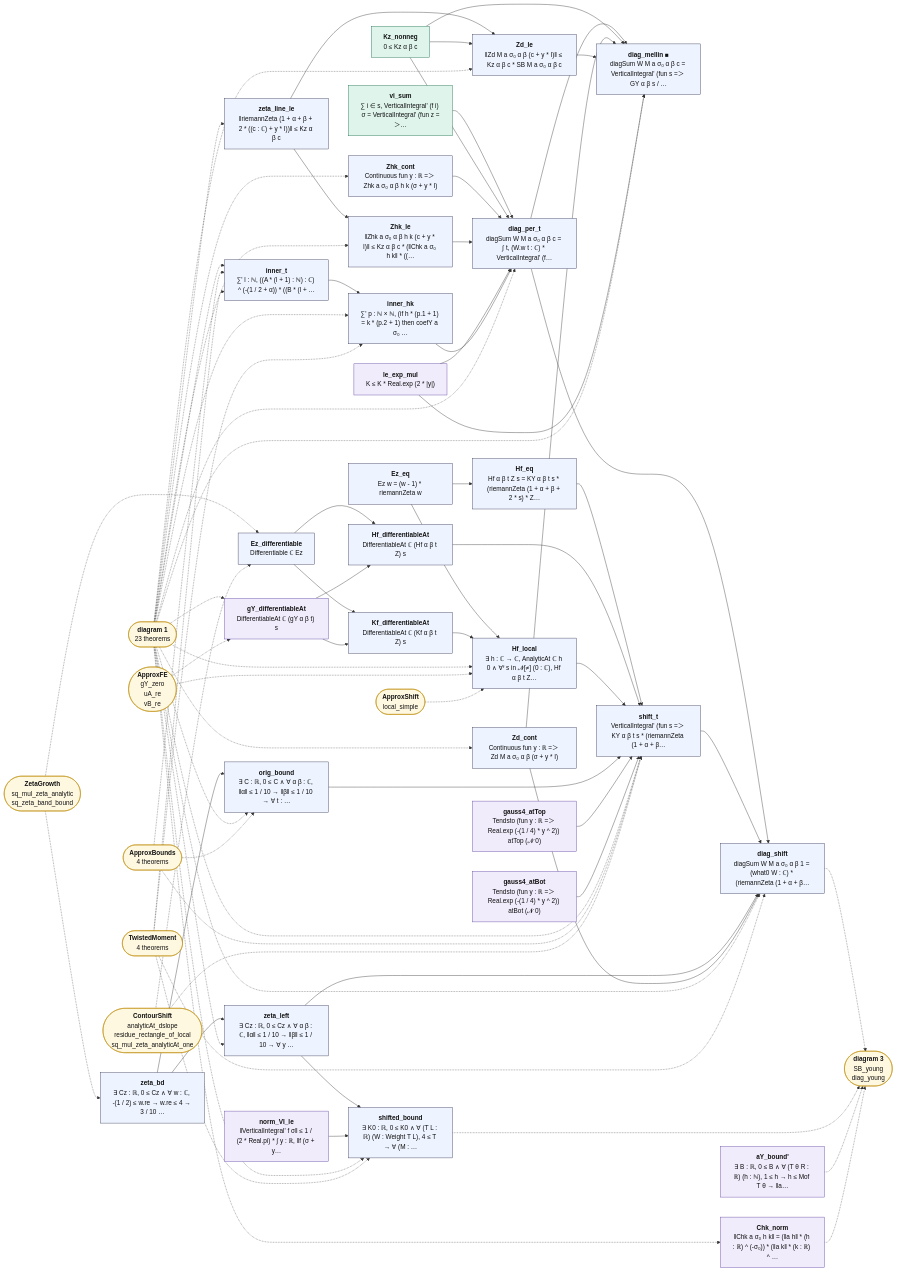
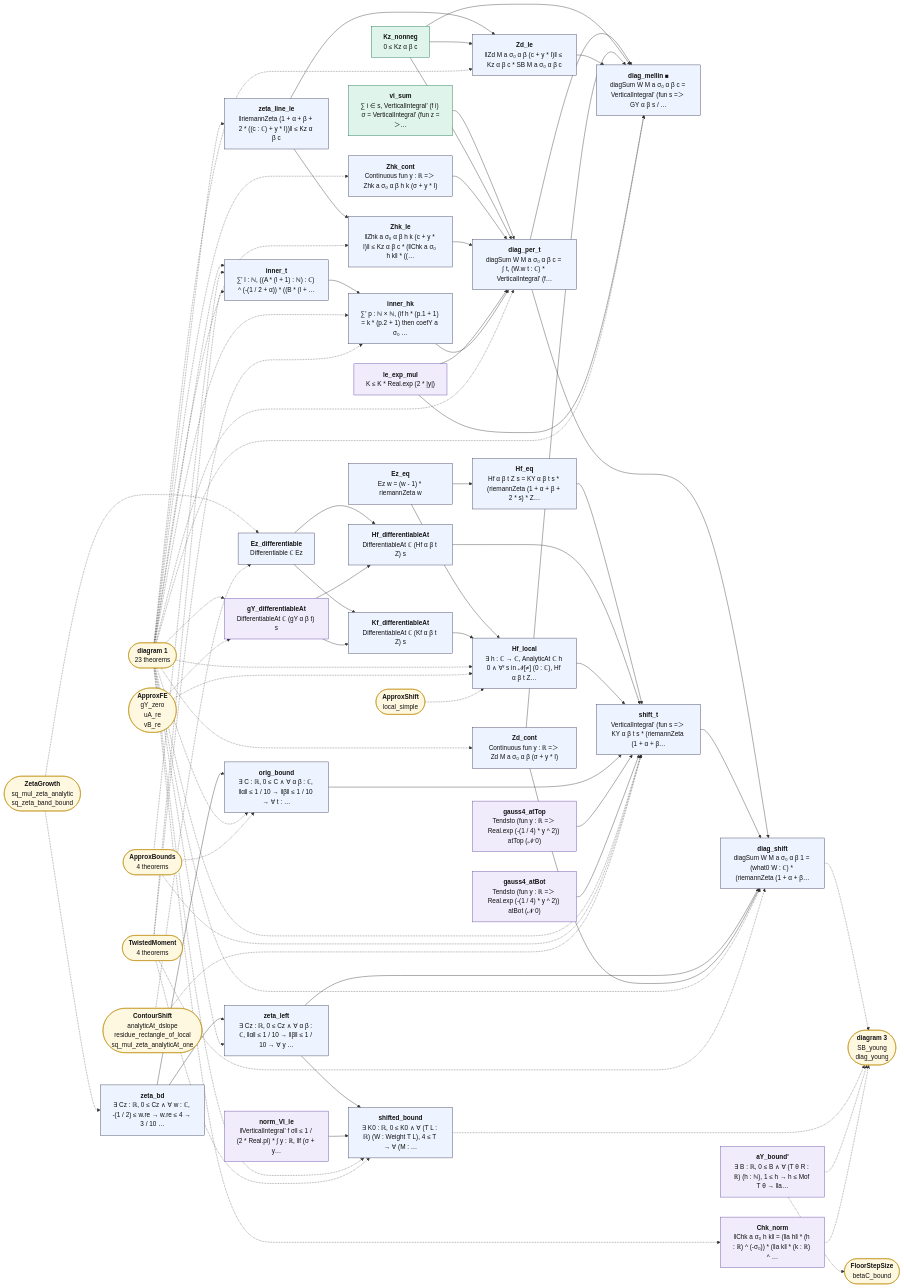
One commit to juliansambranojr/Primebeat_081426 changed the diagram in map/lean_stage3/Diagonal.2.mmd. Above: the diagram before and after it, drawn with Mermaid. The commit also changed 31 other files, not shown here.

```diff
--- a/map/lean_stage3/Diagonal.2.mmd
+++ b/map/lean_stage3/Diagonal.2.mmd
@@ -1,118 +1,120 @@
 flowchart LR
   n0["<b>vi_sum</b><br/>∑ i ∈ s, VerticalIntegral' (f i) σ = VerticalIntegral' (fun z =＞…"]:::cnt
   n1["<b>zeta_line_le</b><br/>‖riemannZeta (1 + α + β + 2 * ((c : ℂ) + y * I))‖ ≤ Kz α β c"]:::thm
   n2["<b>Kz_nonneg</b><br/>0 ≤ Kz α β c"]:::cnt
   n3["<b>Zhk_cont</b><br/>Continuous fun y : ℝ =＞ Zhk a σ₀ α β h k (σ + y * I)"]:::thm
   n4["<b>Zd_cont</b><br/>Continuous fun y : ℝ =＞ Zd M a σ₀ α β (σ + y * I)"]:::thm
   n5["<b>Zhk_le</b><br/>‖Zhk a σ₀ α β h k (c + y * I)‖ ≤ Kz α β c * (‖Chk a σ₀ h k‖ * ((…"]:::thm
   n6["<b>Zd_le</b><br/>‖Zd M a σ₀ α β (c + y * I)‖ ≤ Kz α β c * SB M a σ₀ α β c"]:::thm
   n7["<b>le_exp_mul</b><br/>K ≤ K * Real.exp (2 * |y|)"]:::shp
   n8["<b>inner_t</b><br/>∑' l : ℕ, ((A * (l + 1) : ℕ) : ℂ) ^ (-(1 / 2 + α)) * ((B * (l + …"]:::thm
   n9["<b>inner_hk</b><br/>∑' p : ℕ × ℕ, (if h * (p.1 + 1) = k * (p.2 + 1) then coefY a σ₀ …"]:::thm
   n10["<b>diag_per_t</b><br/>diagSum W M a σ₀ α β c = ∫ t, (W.w t : ℂ) * VerticalIntegral' (f…"]:::thm
   n11["<b>diag_mellin ■</b><br/>diagSum W M a σ₀ α β c = VerticalIntegral' (fun s =＞ GY α β s / …"]:::thm
   n12["<b>zeta_bd</b><br/>∃ Cz : ℝ, 0 ≤ Cz ∧ ∀ w : ℂ, -(1 / 2) ≤ w.re → w.re ≤ 4 → 3 / 10 …"]:::thm
   n13["<b>Ez_eq</b><br/>Ez w = (w - 1) * riemannZeta w"]:::thm
   n14["<b>Ez_differentiable</b><br/>Differentiable ℂ Ez"]:::thm
   n15["<b>Hf_eq</b><br/>Hf α β t Z s = KY α β t s * (riemannZeta (1 + α + β + 2 * s) * Z…"]:::thm
   n16["<b>gY_differentiableAt</b><br/>DifferentiableAt ℂ (gY α β t) s"]:::shp
   n17["<b>Kf_differentiableAt</b><br/>DifferentiableAt ℂ (Kf α β t Z) s"]:::thm
   n18["<b>Hf_differentiableAt</b><br/>DifferentiableAt ℂ (Hf α β t Z) s"]:::thm
   n19["<b>Hf_local</b><br/>∃ h : ℂ → ℂ, AnalyticAt ℂ h 0 ∧ ∀ᶠ s in 𝓝[≠] (0 : ℂ), Hf α β t Z…"]:::thm
   n20["<b>orig_bound</b><br/>∃ C : ℝ, 0 ≤ C ∧ ∀ α β : ℂ, ‖α‖ ≤ 1 / 10 → ‖β‖ ≤ 1 / 10 → ∀ t : …"]:::thm
   n21["<b>gauss4_atTop</b><br/>Tendsto (fun y : ℝ =＞ Real.exp (-(1 / 4) * y ^ 2)) atTop (𝓝 0)"]:::shp
   n22["<b>gauss4_atBot</b><br/>Tendsto (fun y : ℝ =＞ Real.exp (-(1 / 4) * y ^ 2)) atBot (𝓝 0)"]:::shp
   n23["<b>shift_t</b><br/>VerticalIntegral' (fun s =＞ KY α β t s * (riemannZeta (1 + α + β…"]:::thm
   n24["<b>zeta_left</b><br/>∃ Cz : ℝ, 0 ≤ Cz ∧ ∀ α β : ℂ, ‖α‖ ≤ 1 / 10 → ‖β‖ ≤ 1 / 10 → ∀ y …"]:::thm
   n25["<b>norm_VI_le</b><br/>‖VerticalIntegral' f σ‖ ≤ 1 / (2 * Real.pi) * ∫ y : ℝ, ‖f (σ + y…"]:::shp
   n26["<b>diag_shift</b><br/>diagSum W M a σ₀ α β 1 = (what0 W : ℂ) * (riemannZeta (1 + α + β…"]:::thm
   n27["<b>shifted_bound</b><br/>∃ K0 : ℝ, 0 ≤ K0 ∧ ∀ (T L : ℝ) (W : Weight T L), 4 ≤ T → ∀ (M : …"]:::thm
   n28["<b>aY_bound'</b><br/>∃ B : ℝ, 0 ≤ B ∧ ∀ (T θ R : ℝ) (h : ℕ), 1 ≤ h → h ≤ Mof T θ → ‖a…"]:::shp
   n29["<b>Chk_norm</b><br/>‖Chk a σ₀ h k‖ = (‖a h‖ * (h : ℝ) ^ (-σ₀)) * (‖a k‖ * (k : ℝ) ^ …"]:::shp
   x0(["<b>diagram 1</b><br/>23 theorems"]):::ext
   x1(["<b>ApproxBounds</b><br/>4 theorems"]):::ext
   x2(["<b>TwistedMoment</b><br/>4 theorems"]):::ext
   x3(["<b>ZetaGrowth</b><br/>sq_mul_zeta_analytic<br/>sq_zeta_band_bound"]):::ext
   x4(["<b>ContourShift</b><br/>analyticAt_dslope<br/>residue_rectangle_of_local<br/>sq_mul_zeta_analyticAt_one"]):::ext
   x5(["<b>ApproxFE</b><br/>gY_zero<br/>uA_re<br/>vB_re"]):::ext
   x6(["<b>ApproxShift</b><br/>local_simple"]):::ext
   x7(["<b>diagram 3</b><br/>SB_young<br/>diag_young"]):::ext
+  x8(["<b>FloorStepSize</b><br/>betaC_bound"]):::ext
   n0 --> n10
   n1 --> n5
   n1 --> n6
   n10 --> n11
   n10 --> n26
   n12 --> n20
   n12 --> n24
   n13 --> n15
   n13 --> n19
   n14 --> n17
   n14 --> n18
   n15 --> n23
   n16 --> n17
   n16 --> n18
   n17 --> n19
   n18 --> n23
   n19 --> n23
   n2 --> n10
   n2 --> n11
   n2 --> n6
   n20 --> n23
   n21 --> n23
   n22 --> n23
   n23 --> n26
   n24 --> n26
   n24 --> n27
   n25 --> n27
   n3 --> n10
   n4 --> n11
   n4 --> n26
   n5 --> n10
   n6 --> n11
   n7 --> n10
   n7 --> n11
   n8 --> n9
   n9 --> n10
   n26 -.-> x7
   n27 -.-> x7
   n28 -.-> x7
+  n28 -.-> x8
   n29 -.-> x7
   x0 -.-> n1
   x0 -.-> n10
   x0 -.-> n11
   x0 -.-> n16
   x0 -.-> n19
   x0 -.-> n20
   x0 -.-> n23
   x0 -.-> n24
   x0 -.-> n26
   x0 -.-> n27
   x0 -.-> n29
   x0 -.-> n3
   x0 -.-> n4
   x0 -.-> n5
   x0 -.-> n6
   x0 -.-> n8
   x0 -.-> n9
   x1 -.-> n20
   x1 -.-> n23
   x1 -.-> n8
   x2 -.-> n26
   x2 -.-> n27
   x2 -.-> n8
   x2 -.-> n9
   x3 -.-> n12
   x3 -.-> n14
   x4 -.-> n14
   x4 -.-> n23
   x5 -.-> n16
   x5 -.-> n19
   x6 -.-> n19
   classDef cnt fill:#dff5ec,stroke:#17694a,color:#111
   classDef shp fill:#f1ecfb,stroke:#5b3fa0,color:#111
   classDef rh fill:#ffe5e5,stroke:#c22,color:#111,stroke-width:2px
   classDef thm fill:#eef4ff,stroke:#335,color:#111
   classDef end_ fill:#e7f7e7,stroke:#2a7,color:#111,stroke-width:2px
   classDef lone fill:#fff,stroke:#999,color:#111,stroke-dasharray:4 3
   classDef bad fill:#ffe5e5,stroke:#c22,color:#111,stroke-width:2px
   classDef ext fill:#fff8e1,stroke:#b80,color:#111
```
